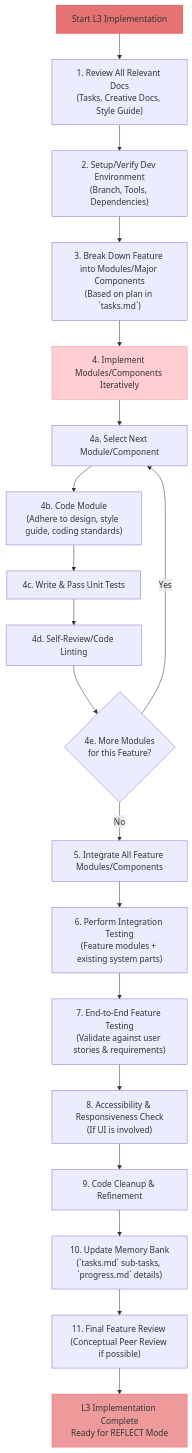
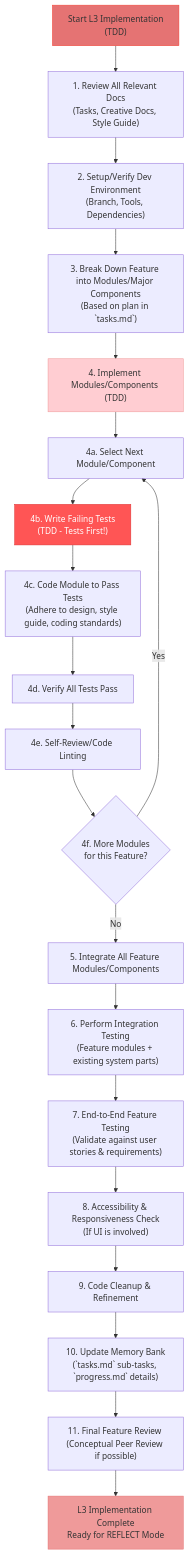
The diagram in rulesets/niko/niko/Level3/implementation-intermediate.mdc (Texarkanine/.cursor-rules), drawn with Mermaid before and after one commit. The commit also changed other lines of this file and 14 other files, not shown here.

`````diff
--- a/rulesets/niko/niko/Level3/implementation-intermediate.mdc
+++ b/rulesets/niko/niko/Level3/implementation-intermediate.mdc
@@ -14,28 +14,30 @@
 ```mermaid
 graph TD
-    StartImpl["Start L3 Implementation"] -->
+    StartImpl["Start L3 Implementation<br>(TDD)"] -->
     ReviewDocs["1. Review All Relevant Docs<br>(Tasks, Creative Docs, Style Guide)"] -->
     SetupEnv["2. Setup/Verify Dev Environment<br>(Branch, Tools, Dependencies)"] -->
     ModuleBreakdown["3. Break Down Feature into Modules/Major Components<br>(Based on plan in `tasks.md`)"] -->
-    BuildIterate["4. Implement Modules/Components Iteratively"]
+    BuildIterate["4. Implement Modules/Components (TDD)"]
 
     BuildIterate --> ImplementModule["4a. Select Next Module/Component"]
-    ImplementModule --> CodeModule["4b. Code Module<br>(Adhere to design, style guide, coding standards)"]
-    CodeModule --> UnitTests["4c. Write & Pass Unit Tests"]
-    UnitTests --> SelfReview["4d. Self-Review/Code Linting"]
-    SelfReview --> MoreModules{"4e. More Modules<br>for this Feature?"}
+    ImplementModule --> WriteTests["4b. Write Failing Tests<br>(TDD - Tests First!)"]
+    WriteTests --> CodeModule["4c. Code Module to Pass Tests<br>(Adhere to design, style guide, coding standards)"]
+    CodeModule --> VerifyTests["4d. Verify All Tests Pass"]
+    VerifyTests --> SelfReview["4e. Self-Review/Code Linting"]
+    SelfReview --> MoreModules{"4f. More Modules<br>for this Feature?"}
     MoreModules -- Yes --> ImplementModule
 
     MoreModules -- No --> IntegrateModules["5. Integrate All Feature Modules/Components"]
     IntegrateModules --> IntegrationTesting["6. Perform Integration Testing<br>(Feature modules + existing system parts)"]
     IntegrationTesting --> E2EFeatureTesting["7. End-to-End Feature Testing<br>(Validate against user stories & requirements)"]
     E2EFeatureTesting --> AccessibilityCheck["8. Accessibility & Responsiveness Check<br>(If UI is involved)"]
     AccessibilityCheck --> CodeCleanup["9. Code Cleanup & Refinement"]
     CodeCleanup --> UpdateMB["10. Update Memory Bank<br>(`tasks.md` sub-tasks, `progress.md` details)"]
     UpdateMB --> FinalFeatureReview["11. Final Feature Review (Conceptual Peer Review if possible)"]
     FinalFeatureReview --> ImplementationDone["L3 Implementation Complete<br>Ready for REFLECT Mode"]
 
     style StartImpl fill:#e57373,stroke:#f44336
     style BuildIterate fill:#ffcdd2,stroke:#ef9a9a
+    style WriteTests fill:#ff5555,stroke:#dd3333,color:white
     style ImplementationDone fill:#ef9a9a,stroke:#e57373
 ````
`````
